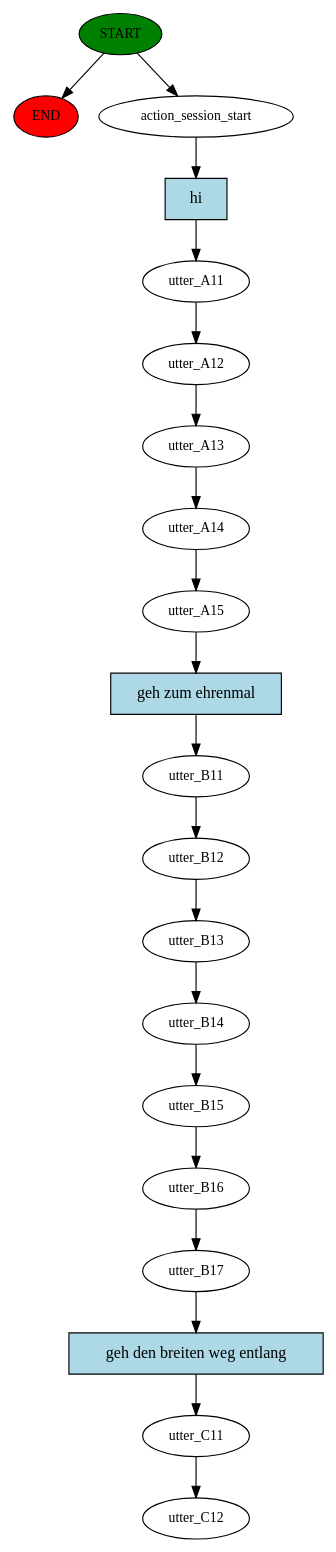
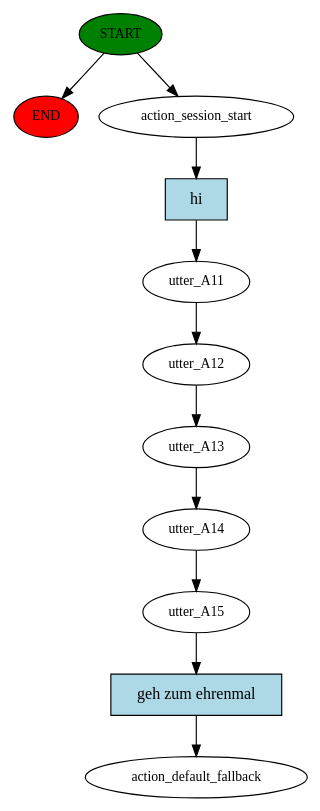
One commit to trxquilmage/Karten-Minigame changed the diagram in story_graph.dot. Above: the diagram before and after it, drawn with Graphviz. The commit also changed 16 other files, not shown here.

```diff
--- a/story_graph.dot
+++ b/story_graph.dot
@@ -1,41 +1,23 @@
 digraph  {
 0 [class="start active", fillcolor=green, fontsize=12, label=START, style=filled];
 "-1" [class=end, fillcolor=red, fontsize=12, label=END, style=filled];
 1 [class=active, fontsize=12, label=action_session_start];
 2 [class=active, fontsize=12, label=utter_A11];
 3 [class=active, fontsize=12, label=utter_A12];
 4 [class=active, fontsize=12, label=utter_A13];
 5 [class=active, fontsize=12, label=utter_A14];
 6 [class=active, fontsize=12, label=utter_A15];
-7 [class=active, fontsize=12, label=utter_B11];
-8 [class=active, fontsize=12, label=utter_B12];
-9 [class=active, fontsize=12, label=utter_B13];
-10 [class=active, fontsize=12, label=utter_B14];
-11 [class=active, fontsize=12, label=utter_B15];
-12 [class=active, fontsize=12, label=utter_B16];
-13 [class=active, fontsize=12, label=utter_B17];
-14 [class=active, fontsize=12, label=utter_C11];
-15 [class="dashed active", fontsize=12, label=utter_C12];
-16 [class="intent active", fillcolor=lightblue, label=hi, shape=rect, style=filled];
-17 [class="intent active", fillcolor=lightblue, label="geh zum ehrenmal", shape=rect, style=filled];
-18 [class="intent active", fillcolor=lightblue, label="geh den breiten weg entlang", shape=rect, style=filled];
+7 [class="dashed active", fontsize=12, label=action_default_fallback];
+8 [class="intent active", fillcolor=lightblue, label=hi, shape=rect, style=filled];
+9 [class="intent active", fillcolor=lightblue, label="geh zum ehrenmal", shape=rect, style=filled];
 0 -> "-1"  [class="", key=NONE, label=""];
 0 -> 1  [class=active, key=NONE, label=""];
-1 -> 16  [class=active, key=0];
+1 -> 8  [class=active, key=0];
 2 -> 3  [class=active, key=NONE, label=""];
 3 -> 4  [class=active, key=NONE, label=""];
 4 -> 5  [class=active, key=NONE, label=""];
 5 -> 6  [class=active, key=NONE, label=""];
-6 -> 17  [class=active, key=0];
-7 -> 8  [class=active, key=NONE, label=""];
-8 -> 9  [class=active, key=NONE, label=""];
-9 -> 10  [class=active, key=NONE, label=""];
-10 -> 11  [class=active, key=NONE, label=""];
-11 -> 12  [class=active, key=NONE, label=""];
-12 -> 13  [class=active, key=NONE, label=""];
-13 -> 18  [class=active, key=0];
-14 -> 15  [class=active, key=NONE, label=""];
-16 -> 2  [class=active, key=0];
-17 -> 7  [class=active, key=0];
-18 -> 14  [class=active, key=0];
+6 -> 9  [class=active, key=0];
+8 -> 2  [class=active, key=0];
+9 -> 7  [class=active, key=0];
 }
```
